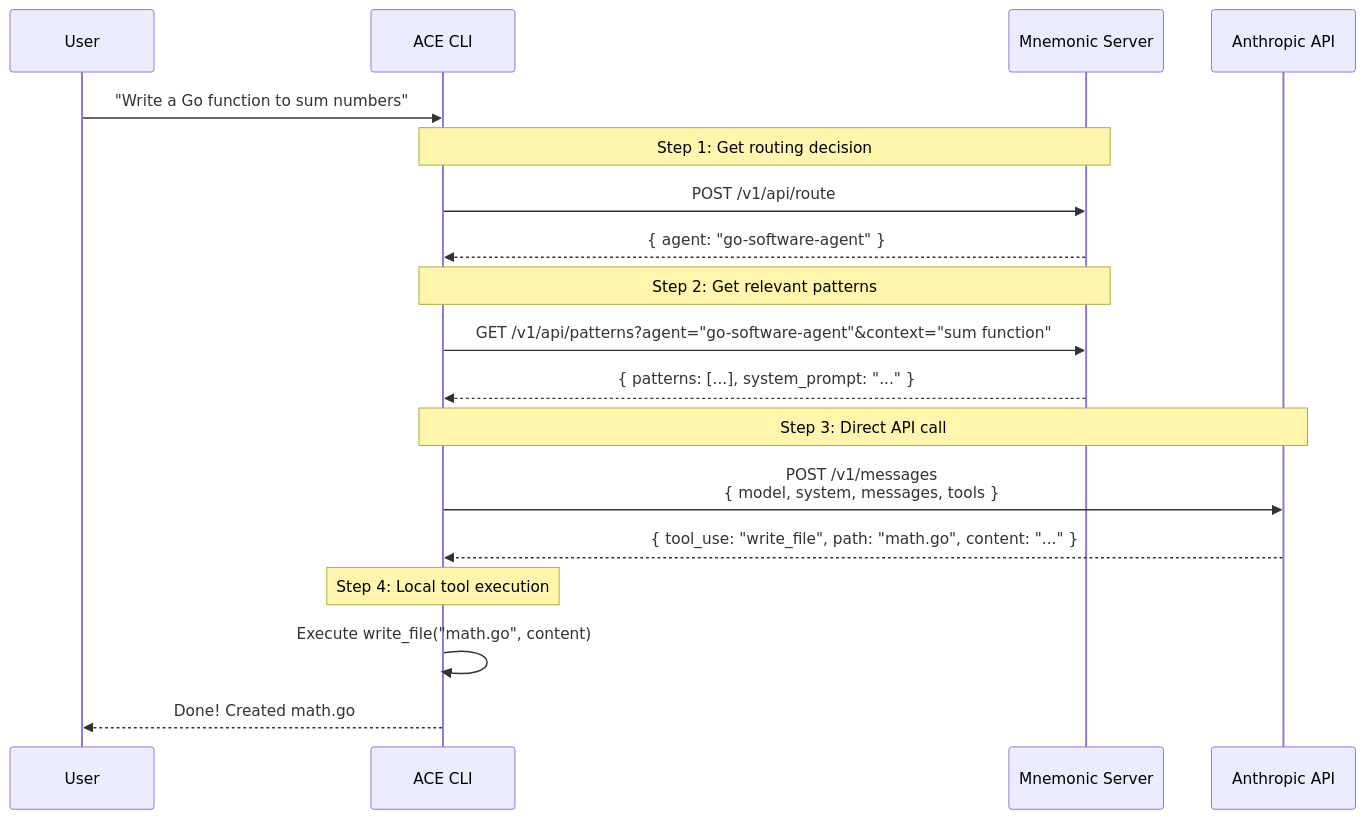
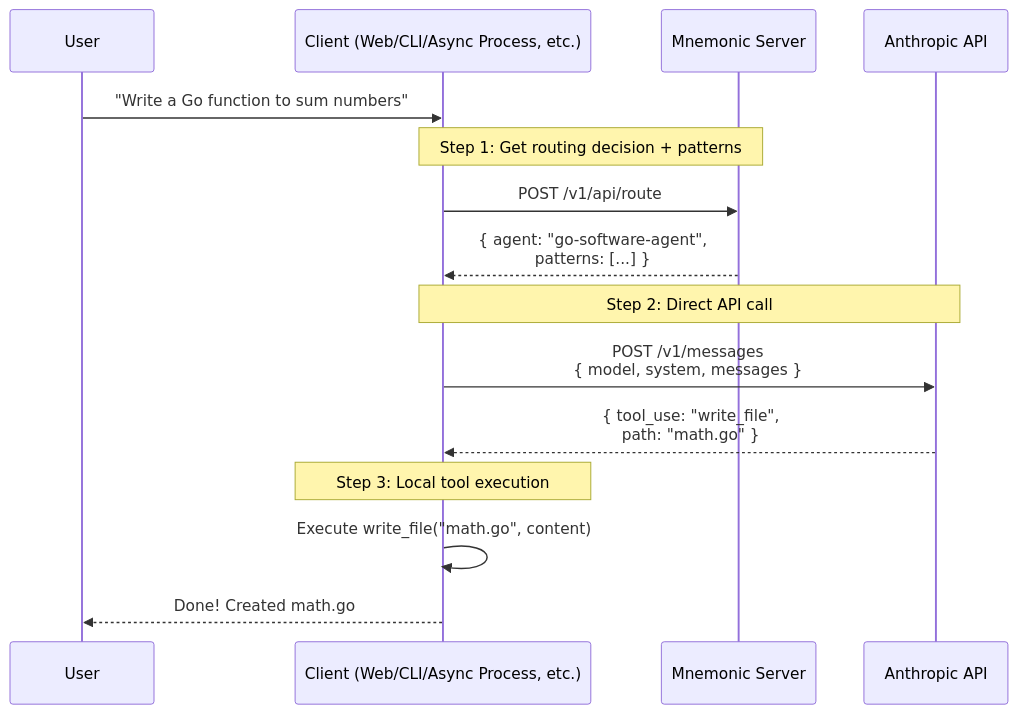
The second of 2 diagrams in docs/mnemonic-integration-concept.md (twistingmercury/mnemonic-mcp), drawn with Mermaid before and after one commit. The commit also changed other lines of this file and 12 other files, not shown here.

````diff
--- a/docs/mnemonic-integration-concept.md
+++ b/docs/mnemonic-integration-concept.md
@@ -43,26 +50,22 @@
 ```mermaid
 sequenceDiagram
     participant User
-    participant CLI as ACE CLI
+    participant Client as Client (Web/CLI/Async Process, etc.)
     participant MN as Mnemonic Server
     participant ANT as Anthropic API
 
-    User->>CLI: "Write a Go function to sum numbers"
+    User->>Client: "Write a Go function to sum numbers"
 
-    Note over CLI,MN: Step 1: Get routing decision
-    CLI->>MN: POST /v1/api/route
-    MN-->>CLI: { agent: "go-software-agent" }
+    Note over Client,MN: Step 1: Get routing decision + patterns
+    Client->>MN: POST /v1/api/route
+    MN-->>Client: { agent: "go-software-agent",<br/>patterns: [...] }
 
-    Note over CLI,MN: Step 2: Get relevant patterns
-    CLI->>MN: GET /v1/api/patterns?agent="go-software-agent"&context="sum function"
-    MN-->>CLI: { patterns: [...], system_prompt: "..." }
+    Note over Client,ANT: Step 2: Direct API call
+    Client->>ANT: POST /v1/messages<br/>{ model, system, messages }
+    ANT-->>Client: { tool_use: "write_file",<br/>path: "math.go" }
 
-    Note over CLI,ANT: Step 3: Direct API call
-    CLI->>ANT: POST /v1/messages<br/>{ model, system, messages, tools }
-    ANT-->>CLI: { tool_use: "write_file", path: "math.go", content: "..." }
+    Note over Client: Step 3: Local tool execution
+    Client->>Client: Execute write_file("math.go", content)
 
-    Note over CLI: Step 4: Local tool execution
-    CLI->>CLI: Execute write_file("math.go", content)
-
-    CLI-->>User: Done! Created math.go
+    Client-->>User: Done! Created math.go
 ```
````
